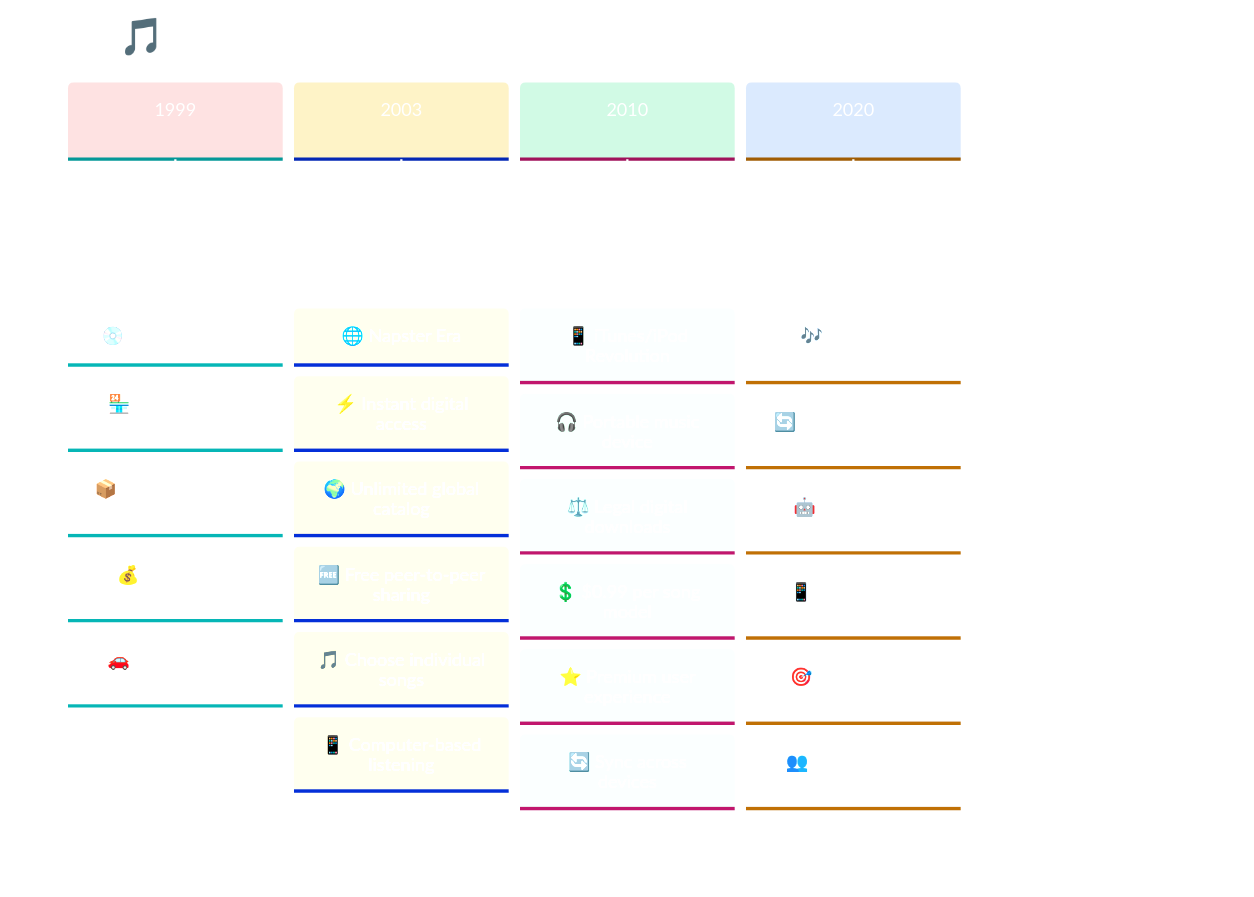
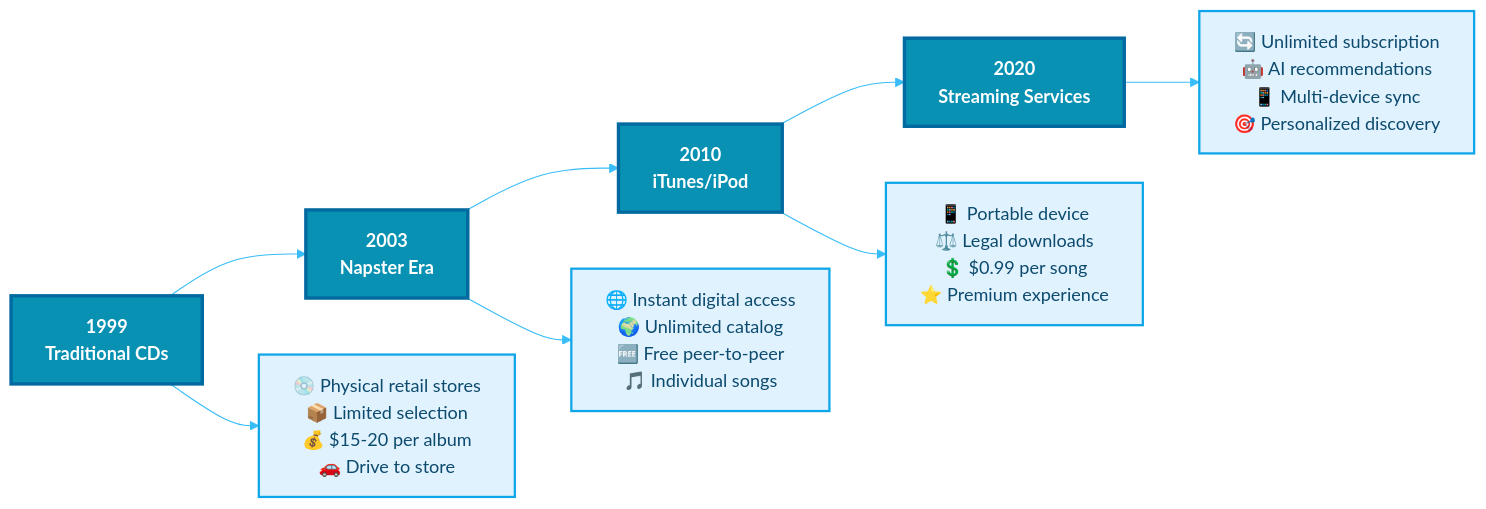
Diagram 12 of 16 in docs/digital-strategy/complete-guide-digital-transformation.md (kranthiB/tech-pulse), drawn with Mermaid before and after one commit. The commit also changed other lines of this file, not shown here.

Commit message:
Fixed mermaid issues

````diff
--- a/docs/digital-strategy/complete-guide-digital-transformation.md
+++ b/docs/digital-strategy/complete-guide-digital-transformation.md
@@ -642,32 +642,21 @@
 ```mermaid
-%%{init: {'theme':'base', 'themeVariables': {'primaryColor':'#1f2937', 'primaryTextColor':'#ffffff', 'primaryBorderColor':'#374151', 'lineColor':'#6b7280', 'cScale0':'#fee2e2', 'cScale1':'#fef3c7', 'cScale2':'#d1fae5', 'cScale3':'#dbeafe'}}}%%
-timeline
-    title 🎵 Value Proposition Evolution: Music Industry
+%%{init: {'theme':'base', 'themeVariables': {'primaryColor':'#0891b2', 'primaryTextColor':'#ffffff', 'primaryBorderColor':'#0ea5e9', 'lineColor':'#38bdf8', 'secondaryColor':'#f0f9ff', 'tertiaryColor':'#e0f2fe'}}}%%
+flowchart LR
+    A[1999<br/>Traditional CDs] --> B[2003<br/>Napster Era]
+    B --> C[2010<br/>iTunes/iPod]
+    C --> D[2020<br/>Streaming Services]
     
-    1999 : 💿 Traditional CDs
-         : 🏪 Physical retail stores
-         : 📦 Limited selection per store
-         : 💰 $15-20 per album
-         : 🚗 Drive to store experience
+    A --> A1[💿 Physical retail stores<br/>📦 Limited selection<br/>💰 $15-20 per album<br/>🚗 Drive to store]
     
-    2003 : 🌐 Napster Era
-         : ⚡ Instant digital access
-         : 🌍 Unlimited global catalog
-         : 🆓 Free peer-to-peer sharing
-         : 🎵 Choose individual songs
-         : 📱 Computer-based listening
+    B --> B1[🌐 Instant digital access<br/>🌍 Unlimited catalog<br/>🆓 Free peer-to-peer<br/>🎵 Individual songs]
     
-    2010 : 📱 iTunes/iPod Revolution
-         : 🎧 Portable music device
-         : ⚖️ Legal digital downloads
-         : 💲 $0.99 per song model
-         : ⭐ Premium user experience
-         : 🔄 Sync across devices
+    C --> C1[📱 Portable device<br/>⚖️ Legal downloads<br/>💲 $0.99 per song<br/>⭐ Premium experience]
     
-    2020 : 🎶 Streaming Services Era
-         : 🔄 Unlimited access subscription
-         : 🤖 AI-powered recommendations
-         : 📱 Multi-device synchronization
-         : 🎯 Personalized discovery
-         : 👥 Social sharing features
+    D --> D1[🔄 Unlimited subscription<br/>🤖 AI recommendations<br/>📱 Multi-device sync<br/>🎯 Personalized discovery]
+    
+    classDef era fill:#0891b2,stroke:#0369a1,stroke-width:3px,color:#ffffff,font-weight:bold
+    classDef details fill:#e0f2fe,stroke:#0ea5e9,stroke-width:2px,color:#0c4a6e
+    
+    class A,B,C,D era
+    class A1,B1,C1,D1 details
 ```
````
